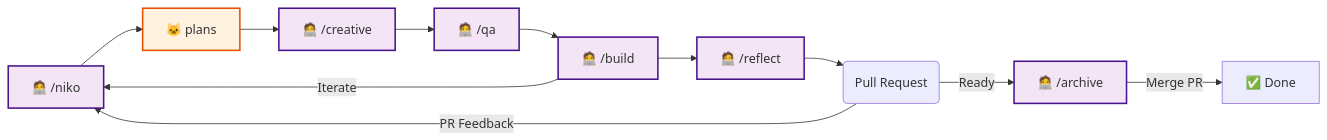
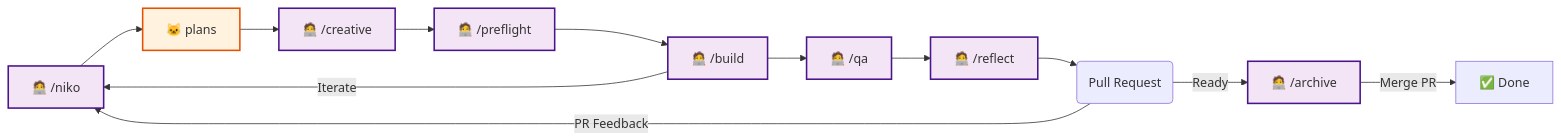
Before and after one commit to Texarkanine/.cursor-rules: the fourth of 4 diagrams in rulesets/niko/README.md, drawn with Mermaid. The commit also changed other lines of this file and 22 other files, not shown here.

````diff
--- a/rulesets/niko/README.md
+++ b/rulesets/niko/README.md
@@ -144,20 +146,21 @@
 ```mermaid
 graph LR
     Niko["🧑‍💻 /niko"] --> NikoPlan["🐱 plans"]
     NikoPlan --> Creative["🧑‍💻 /creative"]
-	Creative --> QA["🧑‍💻 /qa"]
-    QA --> ManBuild["🧑‍💻 /build"]
-    ManBuild --> Reflect["🧑‍💻 /reflect"]
+	Creative --> Preflight["🧑‍💻 /preflight"]
+    Preflight --> ManBuild["🧑‍💻 /build"]
+    ManBuild --> QA["🧑‍💻 /qa"]
+    QA --> Reflect["🧑‍💻 /reflect"]
 	ManBuild --"Iterate"-->Niko
     Reflect --> PullRequest("Pull Request")
     PullRequest --"PR Feedback"--> Niko
     PullRequest --"Ready"--> Archive["🧑‍💻 /archive"]
     Archive --"Merge PR"--> Done["✅ Done"]
 
 	%% --- STYLING ---
 	classDef humanNode fill:#f3e5f5,stroke:#4a148c,stroke-width:2px;
 	classDef aiNode fill:#fff3e0,stroke:#e65100,stroke-width:2px;
 
-	class Niko,Creative,QA,ManBuild,Reflect,Archive humanNode;
+	class Niko,Creative,Preflight,QA,ManBuild,Reflect,Archive humanNode;
 	class NikoPlan,NikoBuild aiNode;
 ```
````
